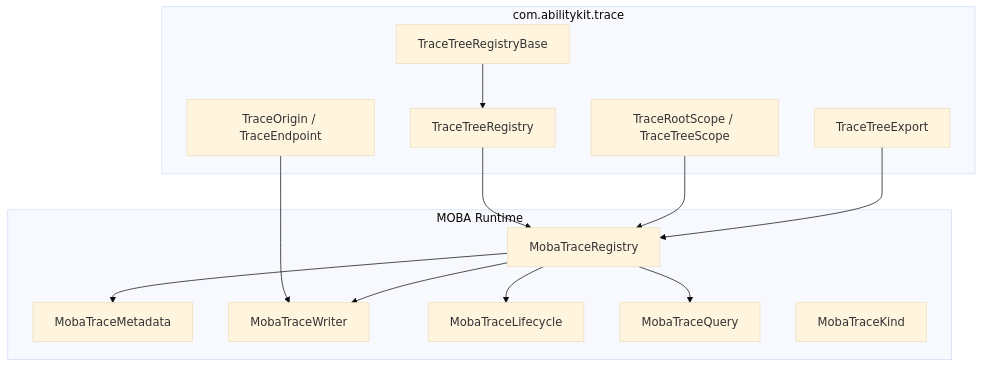
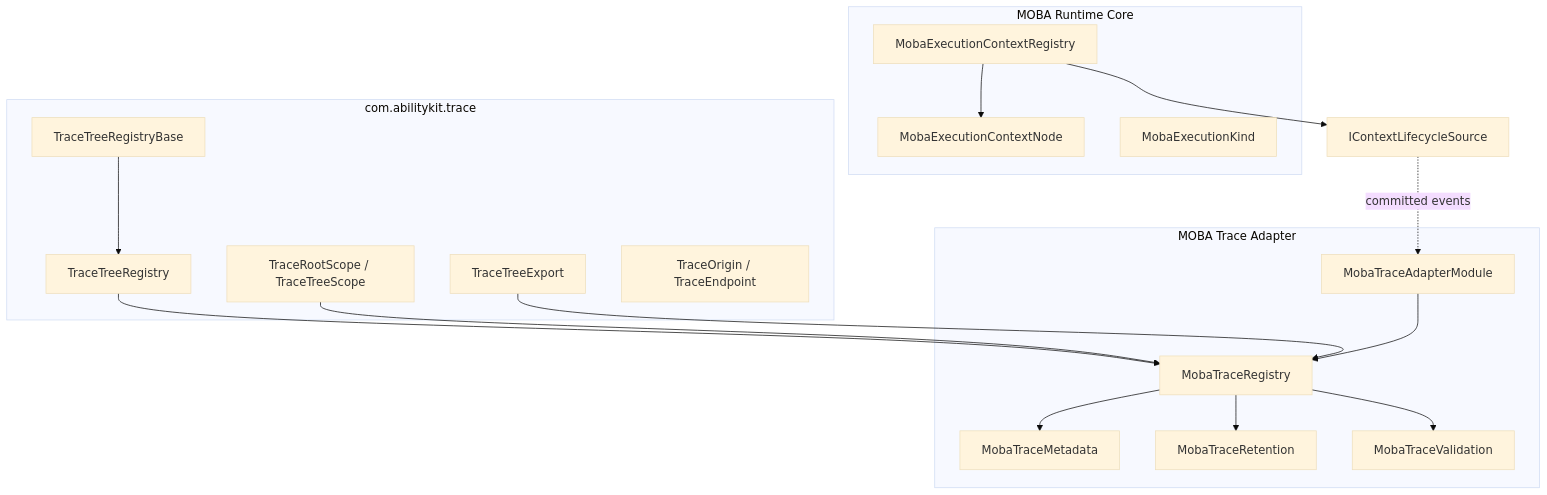
One commit to HOBOBO/AbilityKit changed the first of 5 diagrams in Docs/design/09-ImplementationExamples/MOBA/09-TraceContextEffectDeepDive.md. Above: the diagram before and after it, drawn with Mermaid (base theme). The commit also changed other lines of this file and 1591 other files, not shown here.

````diff
--- a/Docs/design/09-ImplementationExamples/MOBA/09-TraceContextEffectDeepDive.md
+++ b/Docs/design/09-ImplementationExamples/MOBA/09-TraceContextEffectDeepDive.md
@@ -27,28 +27,37 @@
 ```mermaid
 flowchart TB
+    subgraph MobaRuntime[MOBA Runtime Core]
+        ContextRegistry[MobaExecutionContextRegistry]
+        ContextNode[MobaExecutionContextNode]
+        Kind[MobaExecutionKind]
+    end
+
+    Lifecycle[IContextLifecycleSource]
+
     subgraph TraceCore[com.abilitykit.trace]
         Base[TraceTreeRegistryBase]
         Generic[TraceTreeRegistry<TMetadata>]
         Scope[TraceRootScope / TraceTreeScope]
         Export[TraceTreeExport]
         Origin[TraceOrigin / TraceEndpoint]
     end
 
-    subgraph MobaTrace[MOBA Runtime]
+    subgraph MobaTrace[MOBA Trace Adapter]
         Registry[MobaTraceRegistry]
         Metadata[MobaTraceMetadata]
-        Writer[MobaTraceWriter]
-        Lifecycle[MobaTraceLifecycle]
-        Query[MobaTraceQuery]
-        Kind[MobaTraceKind]
+        Adapter[MobaTraceAdapterModule]
+        Retention[MobaTraceRetention]
+        Validation[MobaTraceValidation]
     end
 
+    ContextRegistry --> ContextNode
+    ContextRegistry --> Lifecycle
+    Lifecycle -. committed events .-> Adapter
     Base --> Generic --> Registry
-    Origin --> Writer
     Registry --> Metadata
-    Registry --> Writer
-    Registry --> Lifecycle
-    Registry --> Query
+    Adapter --> Registry
+    Registry --> Retention
+    Registry --> Validation
     Scope --> Registry
     Export --> Registry
 ```
````
